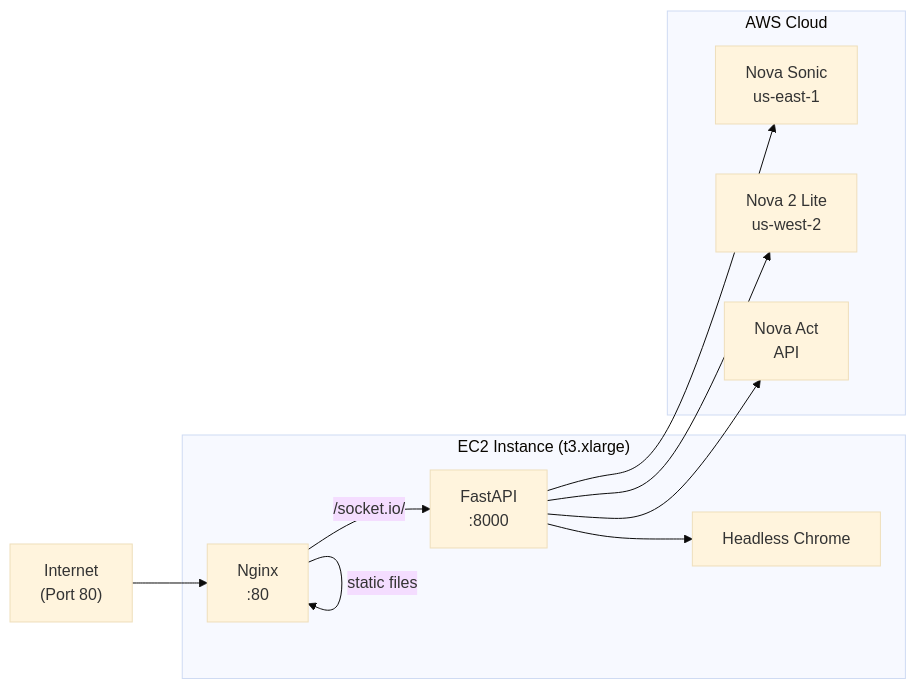
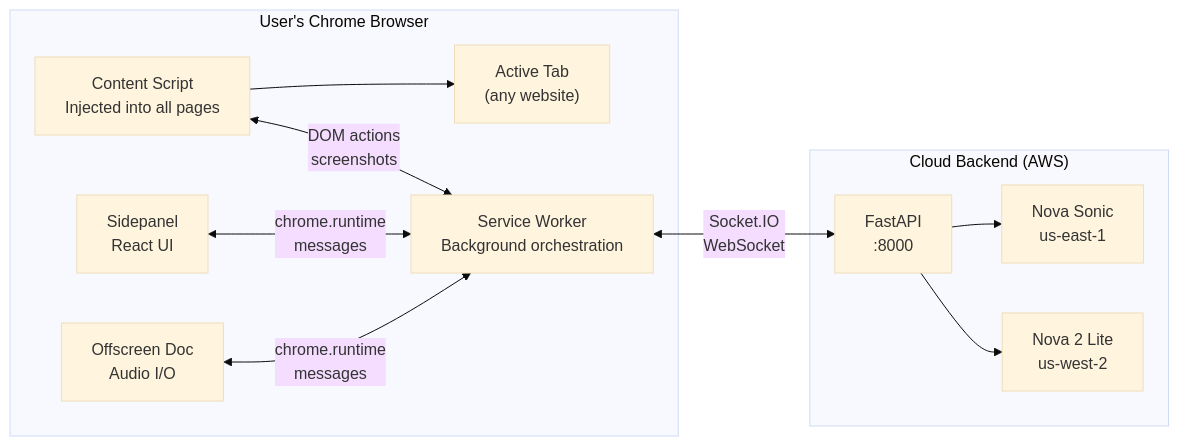
The third of 3 diagrams in architecture.md (sgharlow/accessvoice), drawn with Mermaid (base theme) before and after one commit. The commit also changed other lines of this file and 2 other files, not shown here.

First line of the commit message:
docs: update submission materials for Chrome Extension architecture

````diff
--- a/architecture.md
+++ b/architecture.md
@@ -113,22 +136,24 @@
 ```mermaid
 graph LR
-    Internet["Internet<br/>(Port 80)"]
-    subgraph EC2["EC2 Instance (t3.xlarge)"]
-        Nginx["Nginx<br/>:80"]
-        Backend["FastAPI<br/>:8000"]
-        Chrome["Headless Chrome"]
+    subgraph Chrome["User's Chrome Browser"]
+        Tab["Active Tab<br/>(any website)"]
+        CS["Content Script<br/>Injected into all pages"]
+        SW["Service Worker<br/>Background orchestration"]
+        SP["Sidepanel<br/>React UI"]
+        OF["Offscreen Doc<br/>Audio I/O"]
     end
-    subgraph AWS["AWS Cloud"]
+
+    subgraph Cloud["Cloud Backend (AWS)"]
+        API["FastAPI<br/>:8000"]
         Sonic["Nova Sonic<br/>us-east-1"]
         Lite["Nova 2 Lite<br/>us-west-2"]
-        Act["Nova Act<br/>API"]
     end
 
-    Internet --> Nginx
-    Nginx -->|"static files"| Nginx
-    Nginx -->|"/socket.io/"| Backend
-    Backend --> Chrome
-    Backend --> Sonic
-    Backend --> Lite
-    Backend --> Act
+    CS <-->|"DOM actions<br/>screenshots"| SW
+    SW <-->|"Socket.IO<br/>WebSocket"| API
+    SP <-->|"chrome.runtime<br/>messages"| SW
+    OF <-->|"chrome.runtime<br/>messages"| SW
+    CS --> Tab
+    API --> Sonic
+    API --> Lite
 ```
````
